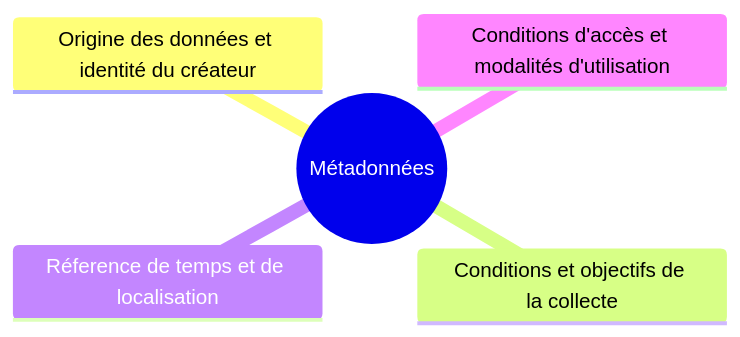
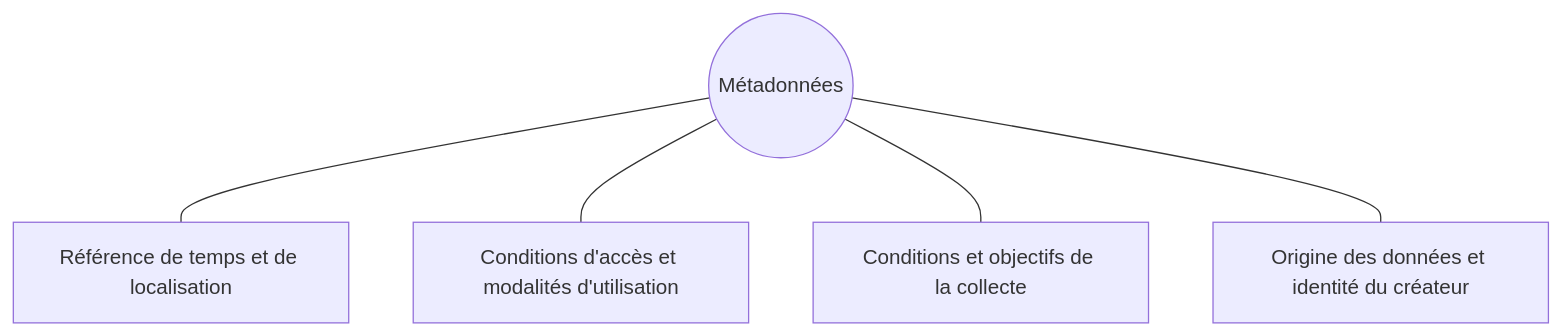
Before and after one commit to geomagus/cpgeom_doc: the diagram in docs/metadata.md, drawn with Mermaid. The commit also changed other lines of this file and 14 other files, not shown here.

````diff
--- a/docs/metadata.md
+++ b/docs/metadata.md
@@ -5,8 +5,15 @@
 ```mermaid
-mindmap
-  root((Métadonnées))
-    Origine des données et identité du créateur
-    Conditions et objectifs de la collecte
-    Réference de temps et de localisation
-    Conditions d'accès et modalités d'utilisation
+graph TD
+
+    M((Métadonnées))
+
+    A[Référence de temps et de localisation]
+    B[Conditions d'accès et modalités d'utilisation]
+    C[Conditions et objectifs de la collecte]
+    D[Origine des données et identité du créateur]
+
+    M --- A
+    M --- B
+    M --- C
+    M --- D
 ```
````
